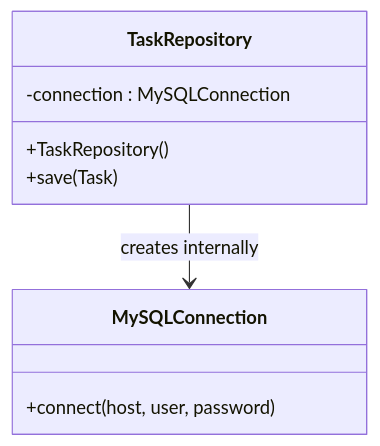
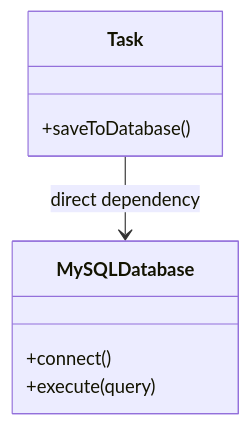
The third of 10 diagrams in docs/level-1/L02.md (suli-g/stratum), drawn with Mermaid before and after one commit. The commit also changed other lines of this file, not shown here.

Commit message:
Draft: Updated version of task 2 - to be submitted for comparison.

````diff
--- a/docs/level-1/L02.md
+++ b/docs/level-1/L02.md
@@ -97,12 +114,11 @@
 ```{mermaid}
 classDiagram
-    class TaskRepository {
-        -connection : MySQLConnection
-        +TaskRepository()
-        +save(Task)
+    class Task {
+        +saveToDatabase()
     }
-    class MySQLConnection {
-        +connect(host, user, password)
+    class MySQLDatabase {
+        +connect()
+        +execute(query)
     }
-    TaskRepository --> MySQLConnection : creates internally
+    Task --> MySQLDatabase : direct dependency
 ```
````
